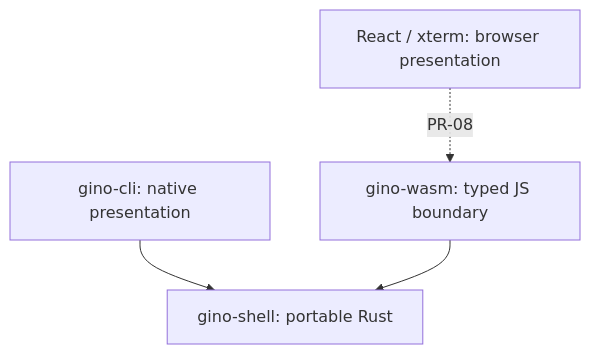
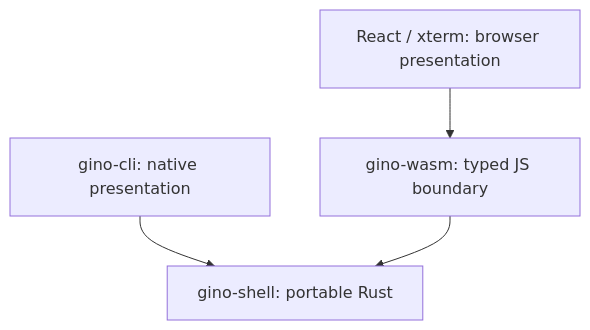
Before and after one commit to gino23odar/personal_terminal: the diagram in docs/ARCHITECTURE.md, drawn with Mermaid. The commit also changed other lines of this file and 18 other files, not shown here.

Commit message:
feat: connect browser terminal to shared Rust WASM shell

````diff
--- a/docs/ARCHITECTURE.md
+++ b/docs/ARCHITECTURE.md
@@ -13,6 +13,6 @@
 ```mermaid
 flowchart TD
   CLI["gino-cli: native presentation"] --> Core["gino-shell: portable Rust"]
-  Web["React / xterm: browser presentation"] -. "PR-08" .-> Bridge["gino-wasm: typed JS boundary"]
+  Web["React / xterm: browser presentation"] --> Bridge["gino-wasm: typed JS boundary"]
   Bridge --> Core
 ```
````
